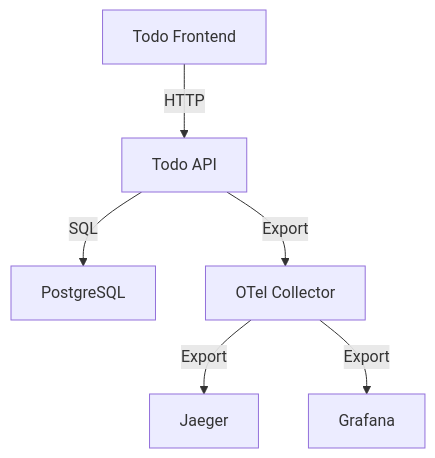
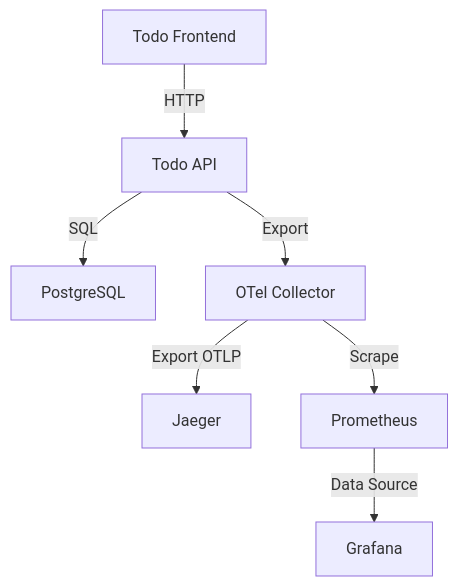
The diagram in memory-bank/systemPatterns.md (shibryo/otel-dotnet6-todo), drawn with Mermaid before and after one commit. The commit also changed other lines of this file and 2 other files, not shown here.

````diff
--- a/memory-bank/systemPatterns.md
+++ b/memory-bank/systemPatterns.md
@@ -5,8 +5,9 @@
 ```mermaid
 graph TD
     A[Todo Frontend] -->|HTTP| B[Todo API]
     B -->|SQL| C[PostgreSQL]
     B -->|Export| D[OTel Collector]
-    D -->|Export| E[Jaeger]
-    D -->|Export| F[Grafana]
+    D -->|Export OTLP| E[Jaeger]
+    D -->|Scrape| F[Prometheus]
+    F -->|Data Source| G[Grafana]
 ```
````
